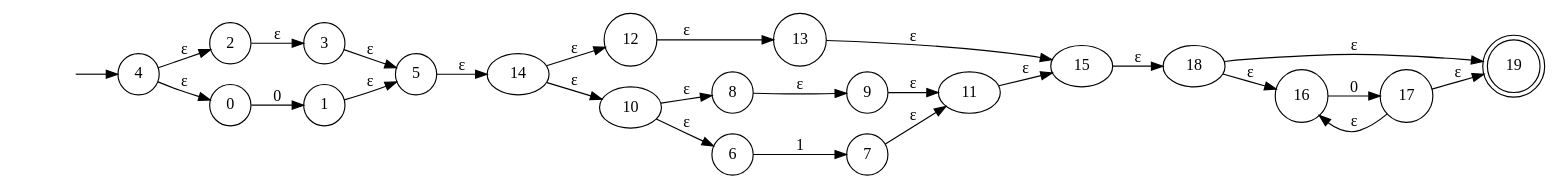
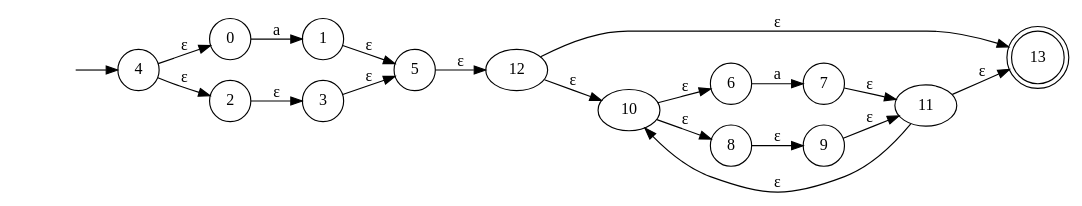
Before and after one commit to oscarparedez/compiler-project-1: the diagram in NFA.gv, drawn with Graphviz. The commit also changed 3 other files, not shown here.

```diff
--- a/NFA.gv
+++ b/NFA.gv
@@ -1,44 +1,33 @@
 digraph NFA {
 	graph [rankdir=LR]
 	"" [label="" shape=plaintext]
-	19 [label=19 shape=doublecircle]
+	13 [label=13 shape=doublecircle]
+	0 [label=0 shape=circle]
+	5 [label=5 shape=circle]
+	7 [label=7 shape=circle]
+	3 [label=3 shape=circle]
+	4 [label=4 shape=circle]
+	1 [label=1 shape=circle]
+	2 [label=2 shape=circle]
+	6 [label=6 shape=circle]
 	8 [label=8 shape=circle]
-	16 [label=16 shape=circle]
-	4 [label=4 shape=circle]
-	2 [label=2 shape=circle]
-	13 [label=13 shape=circle]
-	12 [label=12 shape=circle]
-	1 [label=1 shape=circle]
-	3 [label=3 shape=circle]
-	7 [label=7 shape=circle]
-	17 [label=17 shape=circle]
-	0 [label=0 shape=circle]
 	9 [label=9 shape=circle]
-	6 [label=6 shape=circle]
-	5 [label=5 shape=circle]
 	"" -> 4 [label=""]
-	15 -> 18 [label="ε"]
-	5 -> 14 [label="ε"]
+	5 -> 12 [label="ε"]
+	4 -> 2 [label="ε"]
 	4 -> 0 [label="ε"]
-	4 -> 2 [label="ε"]
 	1 -> 5 [label="ε"]
 	3 -> 5 [label="ε"]
-	0 -> 1 [label=0]
+	0 -> 1 [label=a]
 	2 -> 3 [label="ε"]
-	14 -> 12 [label="ε"]
-	14 -> 10 [label="ε"]
-	11 -> 15 [label="ε"]
-	13 -> 15 [label="ε"]
+	12 -> 10 [label="ε"]
+	12 -> 13 [label="ε"]
+	11 -> 10 [label="ε"]
+	11 -> 13 [label="ε"]
+	10 -> 6 [label="ε"]
 	10 -> 8 [label="ε"]
-	10 -> 6 [label="ε"]
 	7 -> 11 [label="ε"]
 	9 -> 11 [label="ε"]
-	6 -> 7 [label=1]
+	6 -> 7 [label=a]
 	8 -> 9 [label="ε"]
-	12 -> 13 [label="ε"]
-	18 -> 19 [label="ε"]
-	18 -> 16 [label="ε"]
-	17 -> 19 [label="ε"]
-	17 -> 16 [label="ε"]
-	16 -> 17 [label=0]
 }
```
